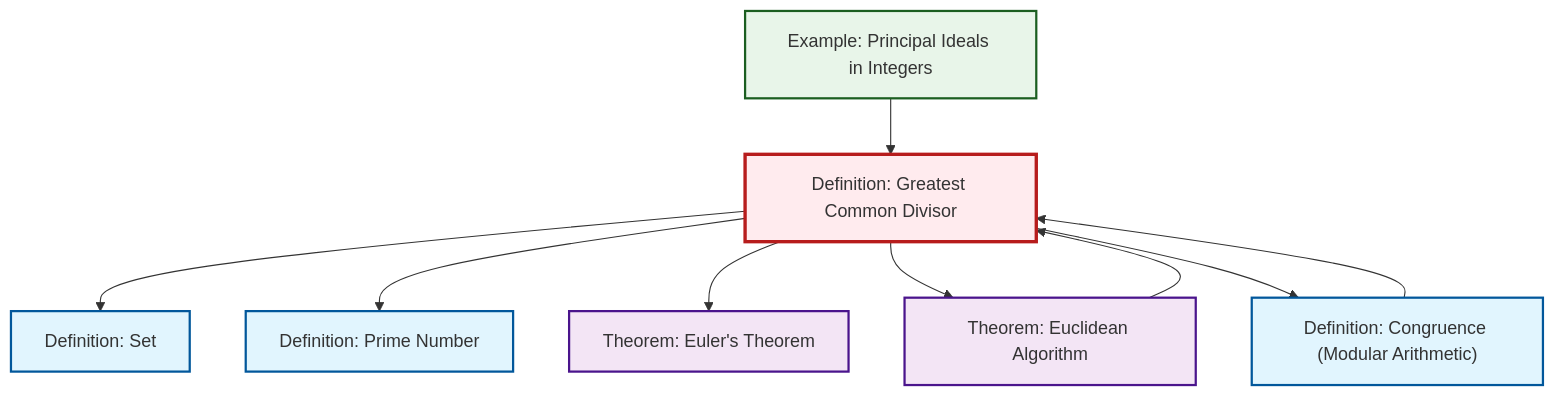
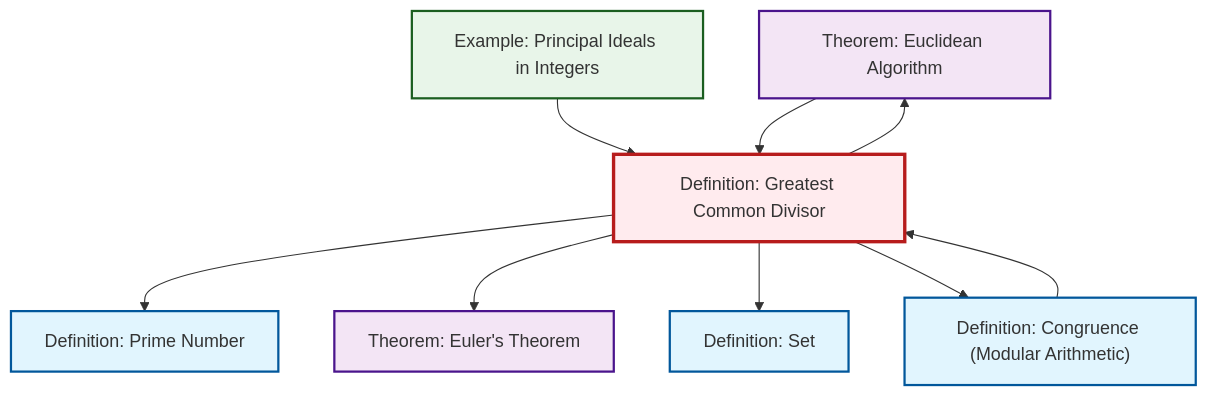
Before and after one commit to RK0429/ModernMath: the second of 2 diagrams in content/en/number-theory/def-gcd.qmd, drawn with Mermaid. The commit also changed other lines of this file and 434 other files, not shown here.

````diff
--- a/content/en/number-theory/def-gcd.qmd
+++ b/content/en/number-theory/def-gcd.qmd
@@ -91,31 +91,31 @@
 ```{mermaid}
 %%| fig-cap: "Local dependency graph"
 graph TD
     classDef definition fill:#e1f5fe,stroke:#01579b,stroke-width:2px
     classDef theorem fill:#f3e5f5,stroke:#4a148c,stroke-width:2px
     classDef axiom fill:#fff3e0,stroke:#e65100,stroke-width:2px
     classDef example fill:#e8f5e9,stroke:#1b5e20,stroke-width:2px
     classDef current fill:#ffebee,stroke:#b71c1c,stroke-width:3px
+    def-set["Definition: Set"]:::definition
+    thm-euclidean-algorithm["Theorem: Euclidean Algorithm"]:::theorem
+    def-prime["Definition: Prime Number"]:::definition
+    ex-principal-ideal["Example: Principal Ideals in Integers"]:::example
     def-gcd["Definition: Greatest Common Divisor"]:::definition
     thm-euler["Theorem: Euler's Theorem"]:::theorem
-    ex-principal-ideal["Example: Principal Ideals in Integers"]:::example
-    thm-euclidean-algorithm["Theorem: Euclidean Algorithm"]:::theorem
     def-congruence["Definition: Congruence (Modular Arithmetic)"]:::definition
-    def-set["Definition: Set"]:::definition
-    def-prime["Definition: Prime Number"]:::definition
-    def-gcd --> def-set
+    def-gcd --> thm-euclidean-algorithm
+    ex-principal-ideal --> def-gcd
+    thm-euclidean-algorithm --> def-gcd
     def-gcd --> def-prime
     def-gcd --> thm-euler
-    ex-principal-ideal --> def-gcd
-    def-gcd --> thm-euclidean-algorithm
-    thm-euclidean-algorithm --> def-gcd
+    def-congruence --> def-gcd
+    def-gcd --> def-set
     def-gcd --> def-congruence
-    def-congruence --> def-gcd
     class def-gcd current
+    click def-set "def-set.html" "Go to Set definition"
+    click thm-euclidean-algorithm "thm-euclidean-algorithm.html" "Go to Euclidean Algorithm theorem"
+    click def-prime "def-prime.html" "Go to Prime Number definition"
+    click ex-principal-ideal "ex-principal-ideal.html" "Go to Principal Ideals in Integers example"
     click thm-euler "thm-euler.html" "Go to Euler's Theorem theorem"
-    click ex-principal-ideal "ex-principal-ideal.html" "Go to Principal Ideals in Integers example"
-    click thm-euclidean-algorithm "thm-euclidean-algorithm.html" "Go to Euclidean Algorithm theorem"
     click def-congruence "def-congruence.html" "Go to Congruence (Modular Arithmetic) definition"
-    click def-set "def-set.html" "Go to Set definition"
-    click def-prime "def-prime.html" "Go to Prime Number definition"
 ```
````
